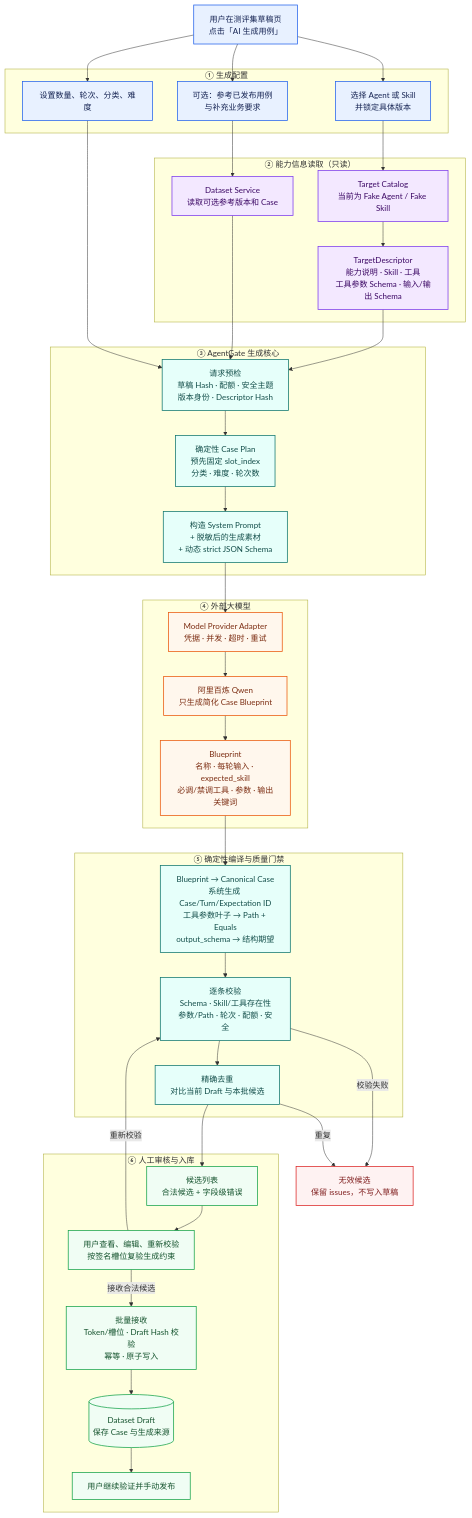
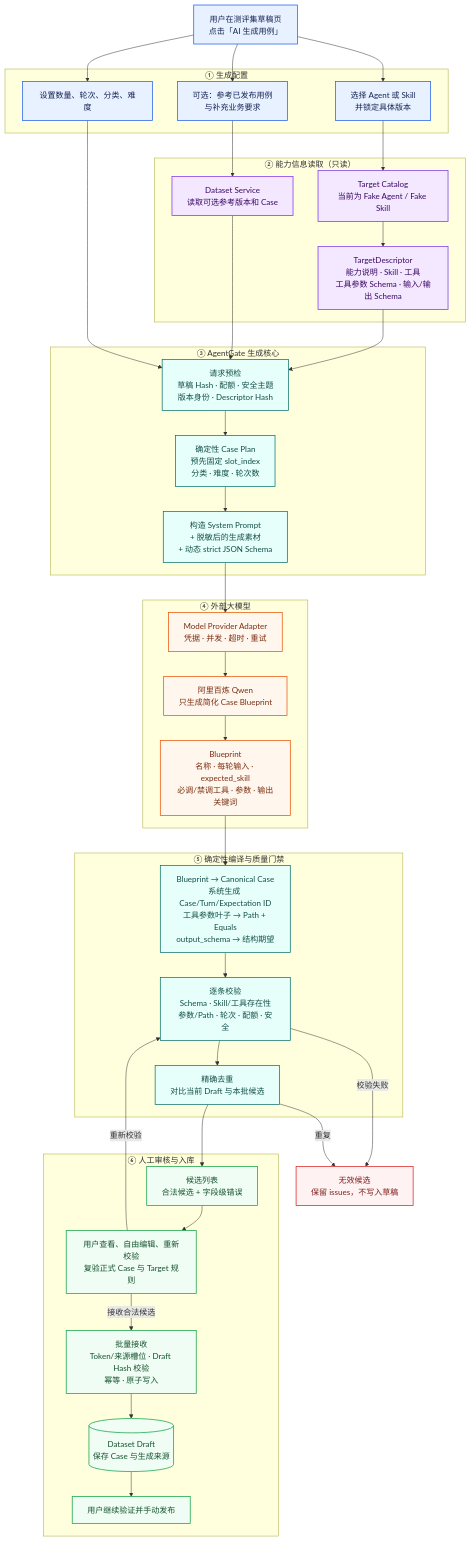
One commit to WangHongchang-2026/agentgate-dev changed the diagram in docs/dataset/automatic-generation-principle-diagram.md. Above: the diagram before and after it, drawn with Mermaid. The commit also changed 10 other files, not shown here.

````diff
--- a/docs/dataset/automatic-generation-principle-diagram.md
+++ b/docs/dataset/automatic-generation-principle-diagram.md
@@ -6,72 +6,72 @@
 ```mermaid
 flowchart TB
     U[用户在测评集草稿页<br/>点击「AI 生成用例」]
 
     subgraph CONFIG[① 生成配置]
         C1[选择 Agent 或 Skill<br/>并锁定具体版本]
         C2[设置数量、轮次、分类、难度]
         C3[可选：参考已发布用例<br/>与补充业务要求]
     end
 
     subgraph INPUT[② 能力信息读取（只读）]
         TC[Target Catalog<br/>当前为 Fake Agent / Fake Skill]
         TD[TargetDescriptor<br/>能力说明 · Skill · 工具<br/>工具参数 Schema · 输入/输出 Schema]
         DS[Dataset Service<br/>读取可选参考版本和 Case]
     end
 
     subgraph CORE[③ AgentGate 生成核心]
         PRE[请求预检<br/>草稿 Hash · 配额 · 安全主题<br/>版本身份 · Descriptor Hash]
         PLAN[确定性 Case Plan<br/>预先固定 slot_index<br/>分类 · 难度 · 轮次数]
         PROMPT[构造 System Prompt<br/>+ 脱敏后的生成素材<br/>+ 动态 strict JSON Schema]
     end
 
     subgraph MODEL[④ 外部大模型]
         ADAPTER[Model Provider Adapter<br/>凭据 · 并发 · 超时 · 重试]
         QWEN[阿里百炼 Qwen<br/>只生成简化 Case Blueprint]
         BP[Blueprint<br/>名称 · 每轮输入 · expected_skill<br/>必调/禁调工具 · 参数 · 输出关键词]
     end
 
     subgraph COMPILE[⑤ 确定性编译与质量门禁]
         COMPILER[Blueprint → Canonical Case<br/>系统生成 Case/Turn/Expectation ID<br/>工具参数叶子 → Path + Equals<br/>output_schema → 结构期望]
         CHECK[逐条校验<br/>Schema · Skill/工具存在性<br/>参数/Path · 轮次 · 配额 · 安全]
         DEDUP[精确去重<br/>对比当前 Draft 与本批候选]
     end
 
     subgraph REVIEW[⑥ 人工审核与入库]
         LIST[候选列表<br/>合法候选 + 字段级错误]
-        EDIT[用户查看、编辑、重新校验<br/>按签名槽位复验生成约束]
-        ACCEPT[批量接收<br/>Token/槽位 · Draft Hash 校验<br/>幂等 · 原子写入]
+        EDIT[用户查看、自由编辑、重新校验<br/>复验正式 Case 与 Target 规则]
+        ACCEPT[批量接收<br/>Token/来源槽位 · Draft Hash 校验<br/>幂等 · 原子写入]
         DRAFT[(Dataset Draft<br/>保存 Case 与生成来源)]
         PUBLISH[用户继续验证并手动发布]
     end
 
     ERR[无效候选<br/>保留 issues，不写入草稿]
 
     U --> C1
     U --> C2
     U --> C3
     C1 --> TC --> TD --> PRE
     C3 --> DS --> PRE
     C2 --> PRE
     PRE --> PLAN --> PROMPT --> ADAPTER --> QWEN --> BP
     BP --> COMPILER --> CHECK --> DEDUP --> LIST
     CHECK -- 校验失败 --> ERR
     DEDUP -- 重复 --> ERR
     LIST --> EDIT
     EDIT -- 重新校验 --> CHECK
     EDIT -- 接收合法候选 --> ACCEPT --> DRAFT --> PUBLISH
 
     classDef user fill:#E8F1FF,stroke:#2563EB,color:#172554,stroke-width:1.5px;
     classDef source fill:#F3E8FF,stroke:#7C3AED,color:#3B0764,stroke-width:1.5px;
     classDef core fill:#E6FFFA,stroke:#0F766E,color:#134E4A,stroke-width:1.5px;
     classDef model fill:#FFF7ED,stroke:#EA580C,color:#7C2D12,stroke-width:1.5px;
     classDef review fill:#F0FDF4,stroke:#16A34A,color:#14532D,stroke-width:1.5px;
     classDef error fill:#FEF2F2,stroke:#DC2626,color:#7F1D1D,stroke-width:1.5px;
 
     class U,C1,C2,C3 user;
     class TC,TD,DS source;
     class PRE,PLAN,PROMPT,COMPILER,CHECK,DEDUP core;
     class ADAPTER,QWEN,BP model;
     class LIST,EDIT,ACCEPT,DRAFT,PUBLISH review;
     class ERR error;
 ```
````
